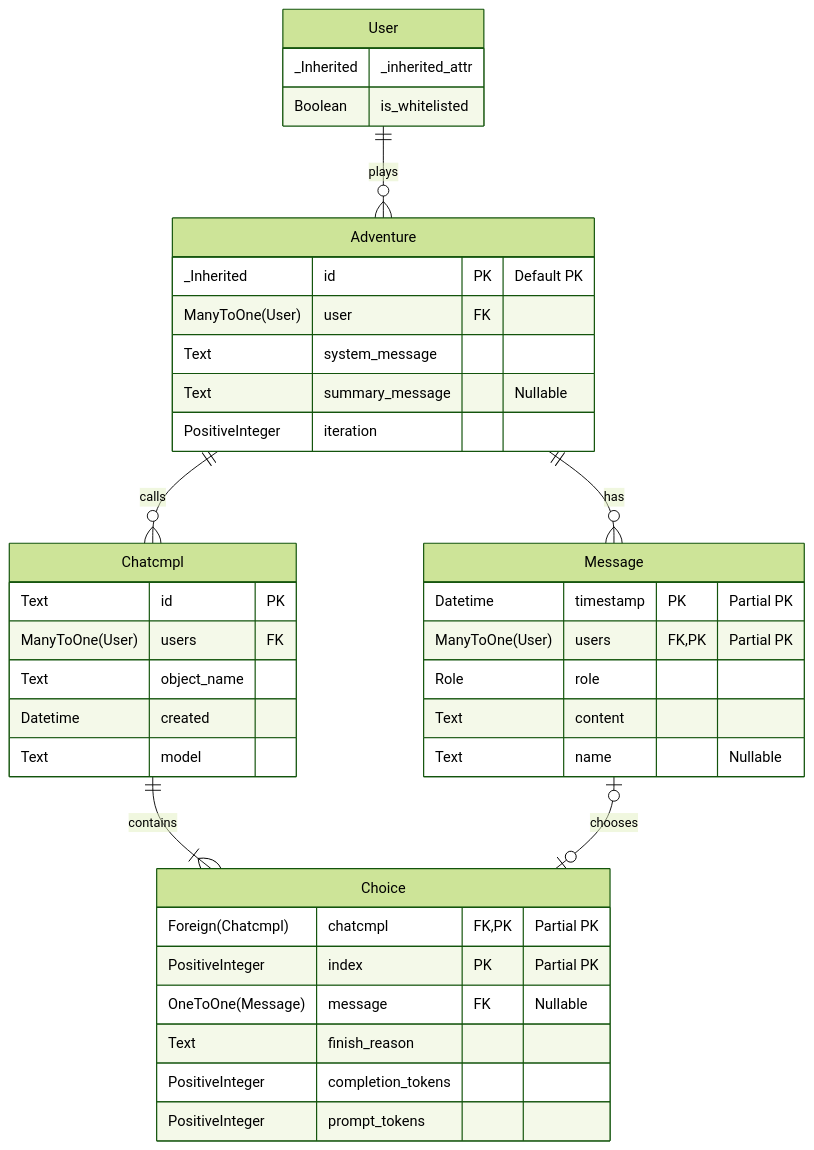
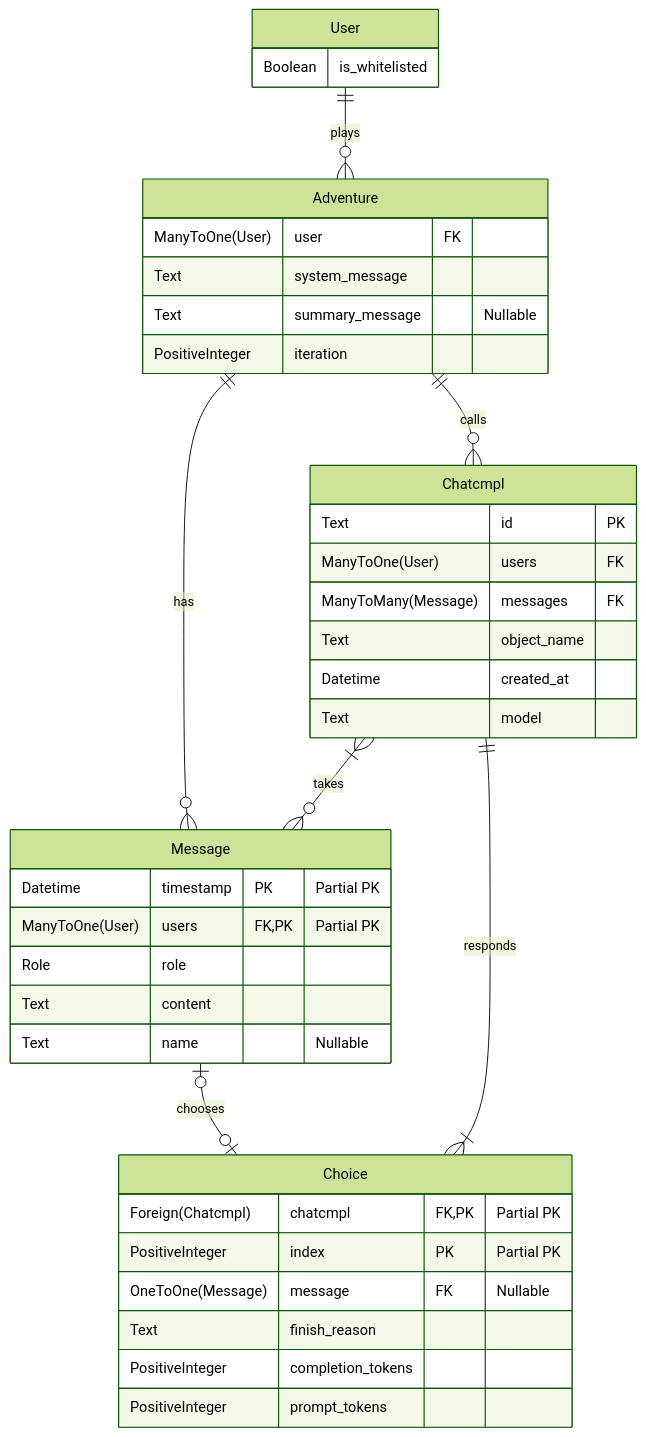
The second of 2 diagrams in README.md (LioQing/verbose-adventure), drawn with Mermaid (forest theme) before and after one commit. The commit also changed other lines of this file and 1 other file, not shown here.

Commit message:
Update schemas

````diff
--- a/README.md
+++ b/README.md
@@ -7,50 +57,51 @@
 ```mermaid
 erDiagram
     User {
-        _Inherited _inherited_attr
         Boolean is_whitelisted
     }
 
     Adventure {
-        _Inherited id PK "Default PK"
         ManyToOne(User) user FK
         Text system_message
         Text summary_message "Nullable"
         PositiveInteger iteration
     }
 
     Message {
         Datetime timestamp PK "Partial PK"
         ManyToOne(User) users FK,PK "Partial PK"
         Role role
         Text content
         Text name "Nullable"
     }
 
     Chatcmpl {
         Text id PK
         ManyToOne(User) users FK
+        ManyToMany(Message) messages FK
         Text object_name
-        Datetime created
+        Datetime created_at
         Text model
     }
 
     Choice {
         Foreign(Chatcmpl) chatcmpl FK,PK "Partial PK"
         PositiveInteger index PK "Partial PK"
         OneToOne(Message) message FK "Nullable"
         Text finish_reason
         PositiveInteger completion_tokens
         PositiveInteger prompt_tokens
     }
 
     User ||--o{ Adventure : plays
 
     Adventure ||--o{ Message : has
 
     Adventure ||--o{ Chatcmpl : calls
 
-    Chatcmpl ||--|{ Choice : contains
+    Chatcmpl }|--o{ Message : takes
+
+    Chatcmpl ||--|{ Choice : responds
 
     Message |o--o| Choice : chooses
 ```
````
